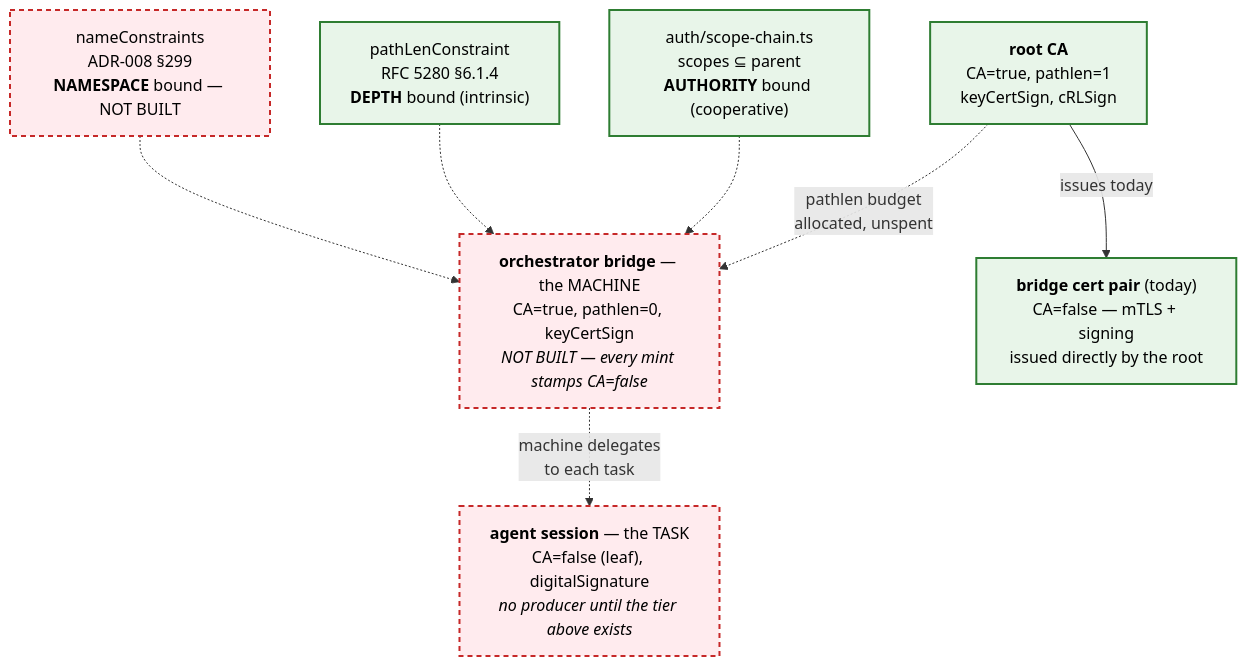
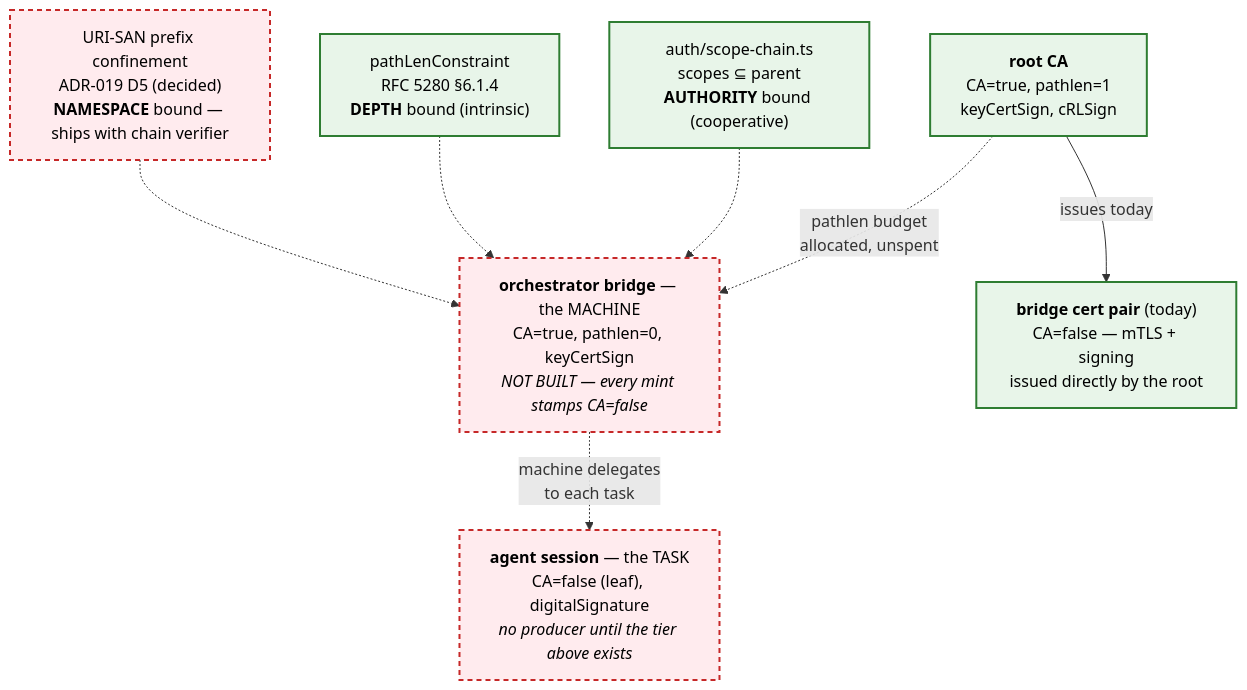
Before and after one commit to agentic-research/notme: the fourth of 5 diagrams in ARCHITECTURE.md, drawn with Mermaid. The commit also changed 4 other files, not shown here.

````diff
--- a/ARCHITECTURE.md
+++ b/ARCHITECTURE.md
@@ -120,22 +120,22 @@
 ```mermaid
 graph TD
     classDef built fill:#e8f5e9,stroke:#2e7d32,stroke-width:2px,color:#000
     classDef gap fill:#ffebee,stroke:#c62828,stroke-width:2px,stroke-dasharray:5 4,color:#000
 
     ROOT["<b>root CA</b><br/>CA=true, pathlen=1<br/>keyCertSign, cRLSign"]:::built
     BRIDGE["<b>orchestrator bridge</b> — the MACHINE<br/>CA=true, pathlen=0, keyCertSign<br/><i>NOT BUILT — every mint stamps CA=false</i>"]:::gap
     TASK["<b>agent session</b> — the TASK<br/>CA=false (leaf), digitalSignature<br/><i>no producer until the tier above exists</i>"]:::gap
     LEAF["<b>bridge cert pair</b> (today)<br/>CA=false — mTLS + signing<br/>issued directly by the root"]:::built
 
     ROOT -->|"issues today"| LEAF
     ROOT -.->|"pathlen budget<br/>allocated, unspent"| BRIDGE
     BRIDGE -.->|"machine delegates<br/>to each task"| TASK
 
     SCOPES["auth/scope-chain.ts<br/>scopes ⊆ parent<br/><b>AUTHORITY</b> bound (cooperative)"]:::built
     PATH["pathLenConstraint<br/>RFC 5280 §6.1.4<br/><b>DEPTH</b> bound (intrinsic)"]:::built
-    NAMES["nameConstraints<br/>ADR-008 §299<br/><b>NAMESPACE</b> bound — NOT BUILT"]:::gap
+    NAMES["URI-SAN prefix confinement<br/>ADR-019 D5 (decided)<br/><b>NAMESPACE</b> bound — ships with chain verifier"]:::gap
 
     SCOPES -.-> BRIDGE
     PATH -.-> BRIDGE
     NAMES -.-> BRIDGE
 ```
````
